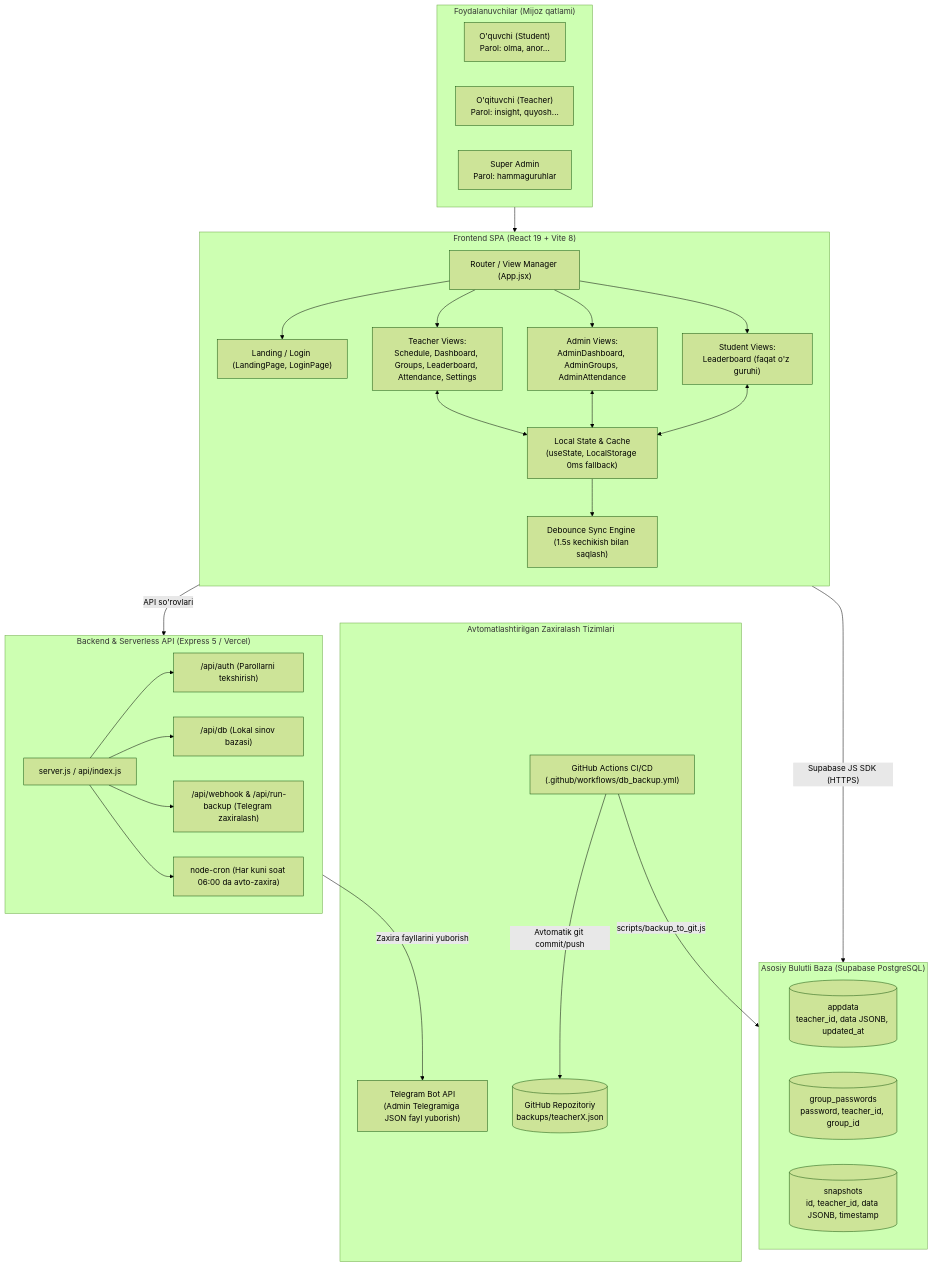
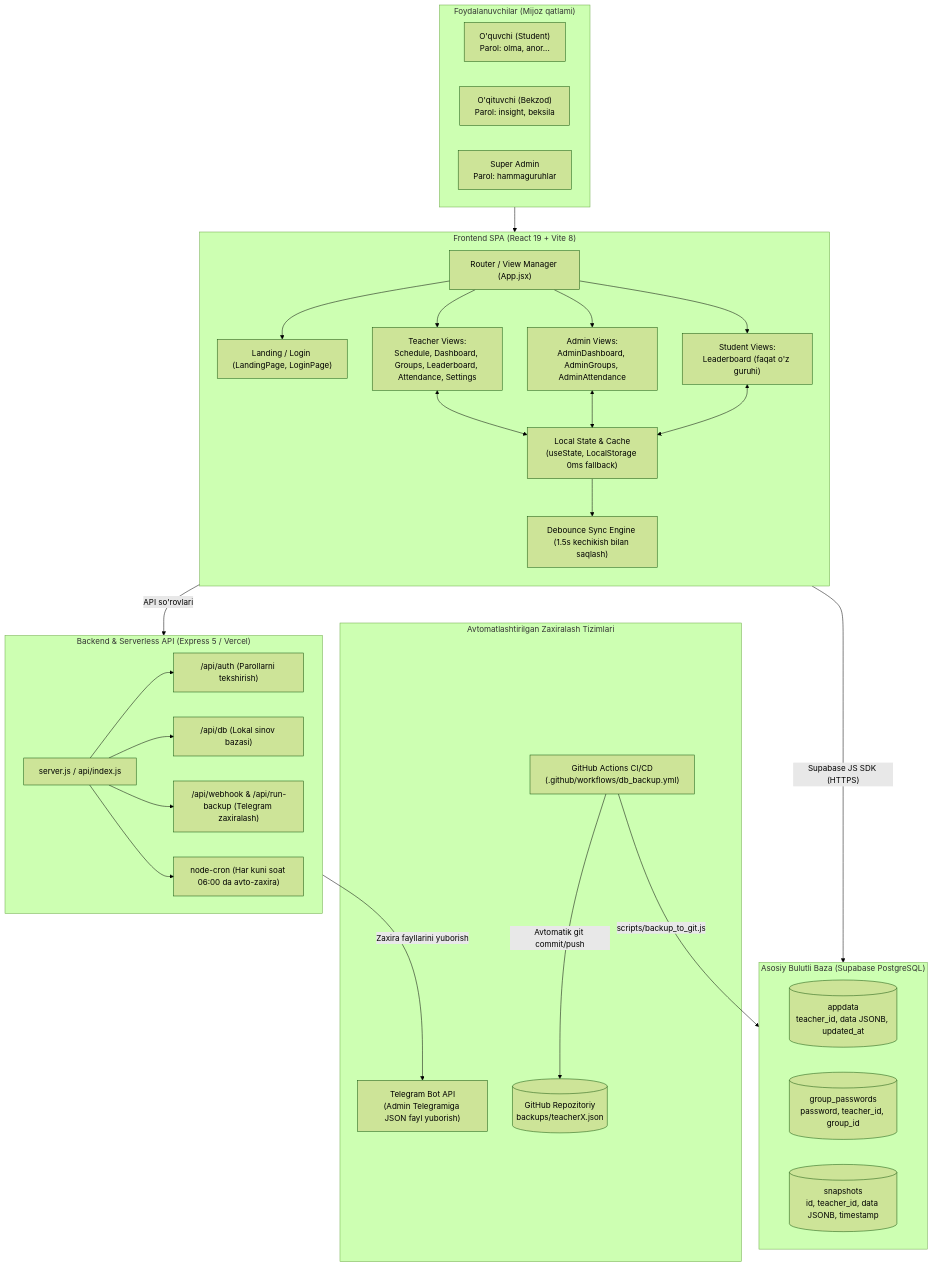
Before and after one commit to tutorbek/student-rate-app: the first of 4 diagrams in arch.md, drawn with Mermaid (forest theme). The commit also changed other lines of this file and 140 other files, not shown here.

````diff
--- a/arch.md
+++ b/arch.md
@@ -20,52 +20,52 @@
 ```mermaid
 flowchart TB
     subgraph Clients["Foydalanuvchilar (Mijoz qatlami)"]
         A1["O'quvchi (Student)\nParol: olma, anor..."]
-        A2["O'qituvchi (Teacher)\nParol: insight, quyosh..."]
+        A2["O'qituvchi (Bekzod)\nParol: insight, beksila"]
         A3["Super Admin\nParol: hammaguruhlar"]
     end
 
     subgraph Frontend["Frontend SPA (React 19 + Vite 8)"]
         direction TB
         F1["Router / View Manager (App.jsx)"]
         F2["Landing / Login (LandingPage, LoginPage)"]
         F3["Teacher Views:\nSchedule, Dashboard, Groups, Leaderboard, Attendance, Settings"]
         F4["Admin Views:\nAdminDashboard, AdminGroups, AdminAttendance"]
         F5["Student Views:\nLeaderboard (faqat o'z guruhi)"]
         F6["Local State & Cache\n(useState, LocalStorage 0ms fallback)"]
         F7["Debounce Sync Engine (1.5s kechikish bilan saqlash)"]
         
         F1 --> F2 & F3 & F4 & F5
         F3 & F4 & F5 <--> F6
         F6 --> F7
     end
 
     subgraph BackendServices["Backend & Serverless API (Express 5 / Vercel)"]
         B1["server.js / api/index.js"]
         B2["/api/auth (Parollarni tekshirish)"]
         B3["/api/db (Lokal sinov bazasi)"]
         B4["/api/webhook & /api/run-backup (Telegram zaxiralash)"]
         B5["node-cron (Har kuni soat 06:00 da avto-zaxira)"]
         
         B1 --> B2 & B3 & B4 & B5
     end
 
     subgraph CloudDB["Asosiy Bulutli Baza (Supabase PostgreSQL)"]
         DB1[("appdata\nteacher_id, data JSONB, updated_at")]
         DB2[("group_passwords\npassword, teacher_id, group_id")]
         DB3[("snapshots\nid, teacher_id, data JSONB, timestamp")]
     end
 
     subgraph AutomatedBackups["Avtomatlashtirilgan Zaxiralash Tizimlari"]
         TGBot["Telegram Bot API\n(Admin Telegramiga JSON fayl yuborish)"]
         GHActions["GitHub Actions CI/CD\n(.github/workflows/db_backup.yml)"]
         GitRepo[("GitHub Repozitoriy\nbackups/teacherX.json")]
     end
 
     Clients --> Frontend
     F7 -- "Supabase JS SDK (HTTPS)" --> CloudDB
     Frontend -- "API so'rovlari" --> BackendServices
     BackendServices -- "Zaxira fayllarini yuborish" --> TGBot
     GHActions -- "scripts/backup_to_git.js" --> CloudDB
     GHActions -- "Avtomatik git commit/push" --> GitRepo
 ```
````
